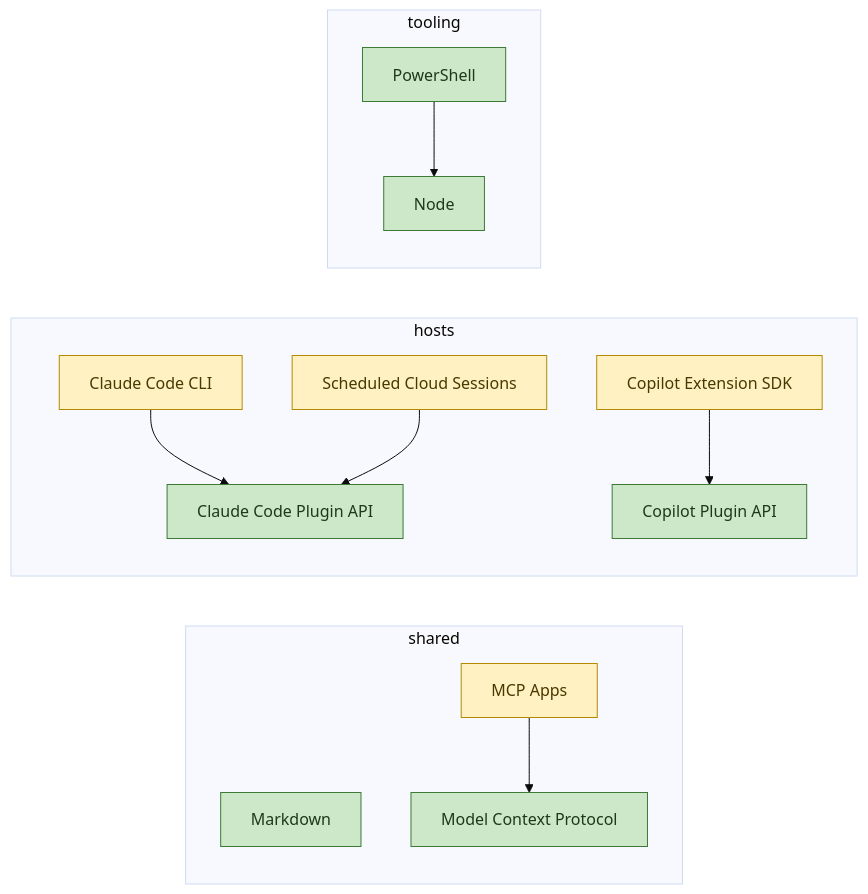
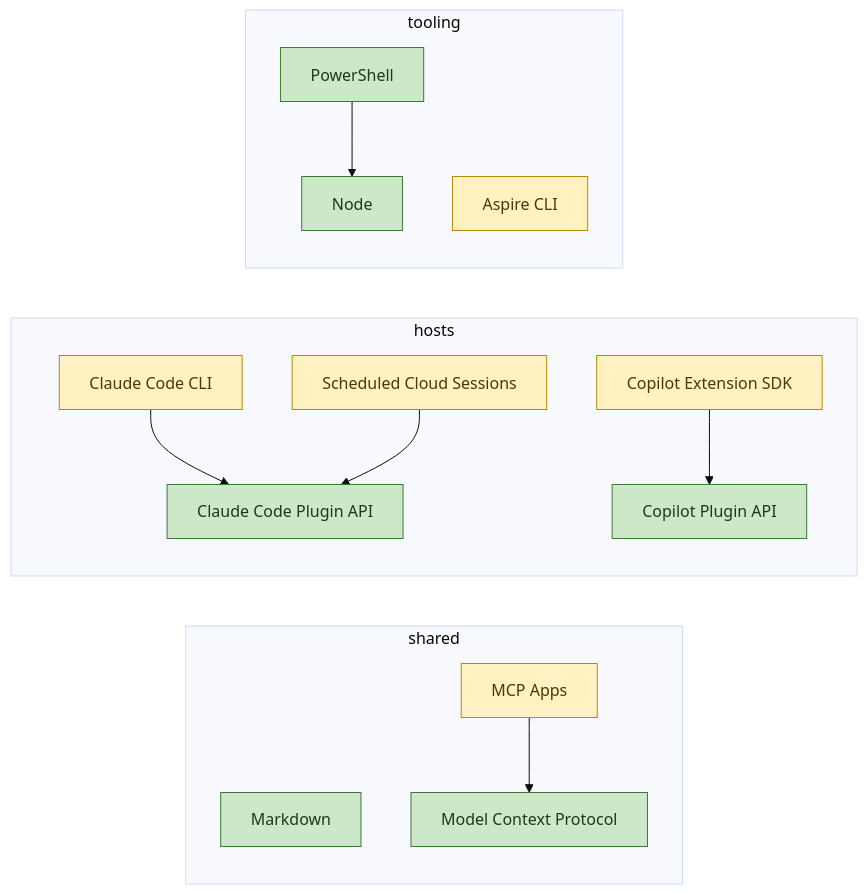
One commit to JSdotNet/devbook changed the diagram in .devbook/tech/technology-graph.md. Above: the diagram before and after it, drawn with Mermaid (base theme). The commit also changed other lines of this file and 1 other file, not shown here.

Commit message:
docs(tech): record the Aspire 17 check of the run seed

````diff
--- a/.devbook/tech/technology-graph.md
+++ b/.devbook/tech/technology-graph.md
@@ -28,28 +28,29 @@
 ```mermaid
 graph LR
   subgraph shared
     markdown[Markdown]
     mcp[Model Context Protocol]
     mcpApps[MCP Apps]
   end
   subgraph hosts
     claudeApi[Claude Code Plugin API]
     claudeCli[Claude Code CLI]
     copilotApi[Copilot Plugin API]
     copilotSdk[Copilot Extension SDK]
     scheduler[Scheduled Cloud Sessions]
   end
   subgraph tooling
     node[Node]
     pwsh[PowerShell]
+    aspireCli[Aspire CLI]
   end
   mcpApps --> mcp
   claudeCli --> claudeApi
   scheduler --> claudeApi
   copilotSdk --> copilotApi
   pwsh --> node
   classDef adopted fill:#cde7c9,stroke:#3c7a35,color:#1c3a19;
   classDef trial fill:#fff1c2,stroke:#b58a00,color:#4a3800;
   class markdown,mcp,claudeApi,copilotApi,node,pwsh adopted;
-  class mcpApps,claudeCli,copilotSdk,scheduler trial;
+  class mcpApps,claudeCli,copilotSdk,scheduler,aspireCli trial;
 ```
````
